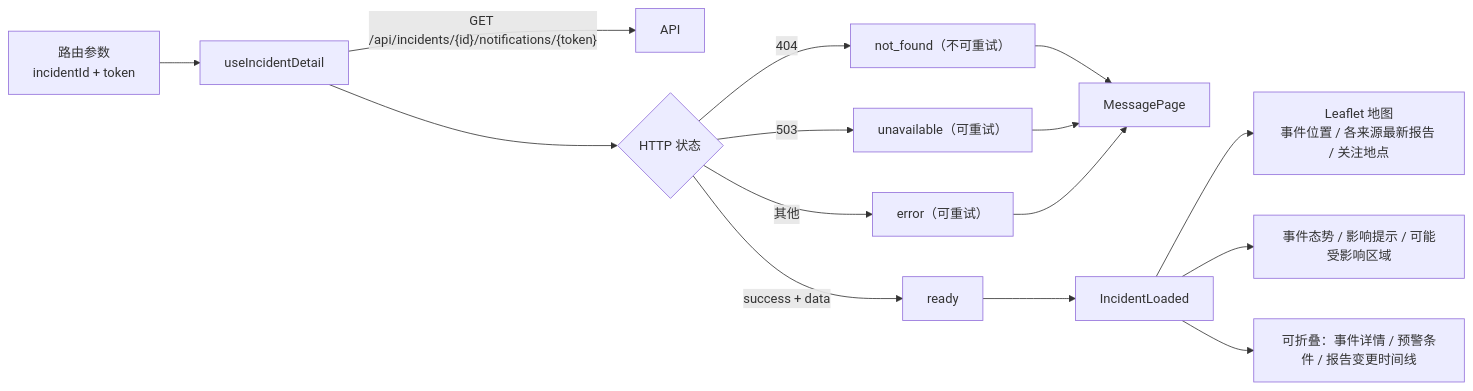
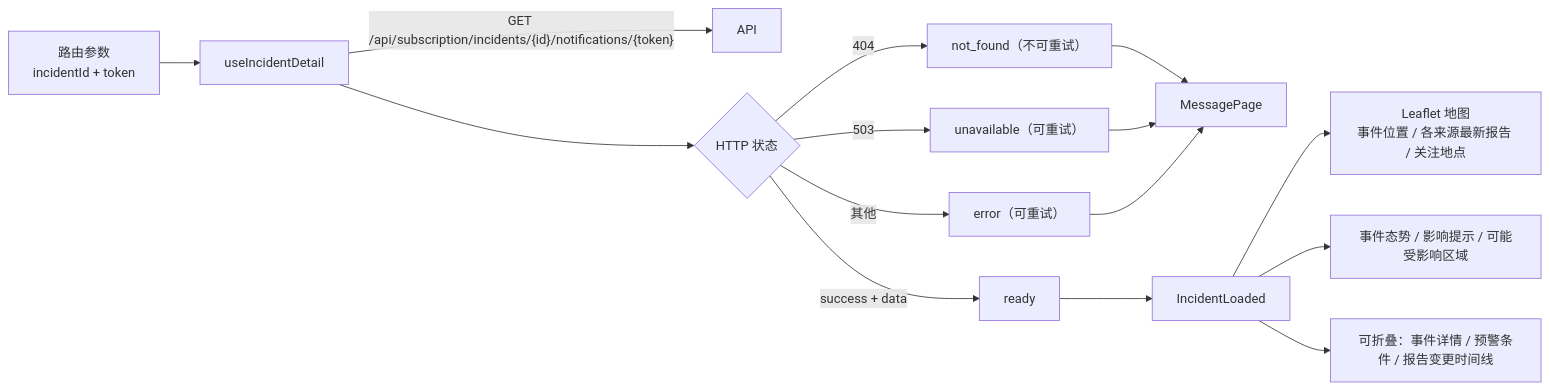
The sixth of 8 diagrams in docs/architecture.md (luyi2008/disaster-alert-web), drawn with Mermaid before and after one commit. The commit also changed other lines of this file and 13 other files, not shown here.

First line of the commit message:
Move subscription API calls under /api/subscription/ prefix

````diff
--- a/docs/architecture.md
+++ b/docs/architecture.md
@@ -259,17 +259,17 @@
 ```mermaid
 graph LR
     Route["路由参数<br/>incidentId + token"] --> Hook["useIncidentDetail"]
-    Hook -->|"GET /api/incidents/{id}/notifications/{token}"| API["API"]
+    Hook -->|"GET /api/subscription/incidents/{id}/notifications/{token}"| API["API"]
     Hook --> St{"HTTP 状态"}
     St -->|404| NF["not_found（不可重试）"]
     St -->|503| UA["unavailable（可重试）"]
     St -->|"success + data"| RD["ready"]
     St -->|其他| ER["error（可重试）"]
     NF --> MP["MessagePage"]
     UA --> MP
     ER --> MP
     RD --> IL["IncidentLoaded"]
     IL --> Map["Leaflet 地图<br/>事件位置 / 各来源最新报告 / 关注地点"]
     IL --> Panels["事件态势 / 影响提示 / 可能受影响区域"]
     IL --> Disc["可折叠：事件详情 / 预警条件 / 报告变更时间线"]
 ```
````
